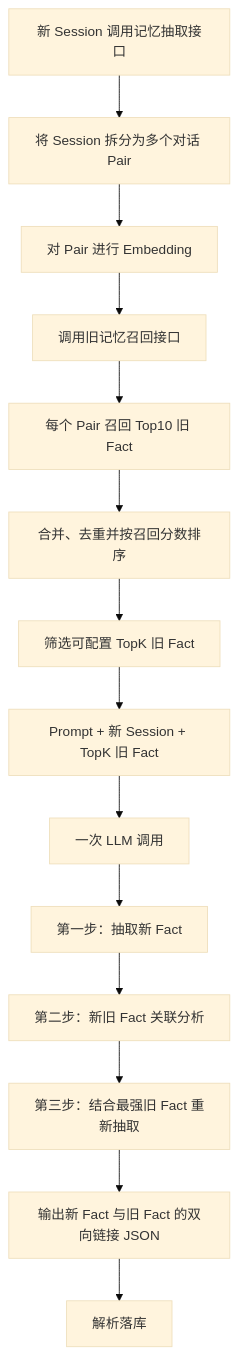
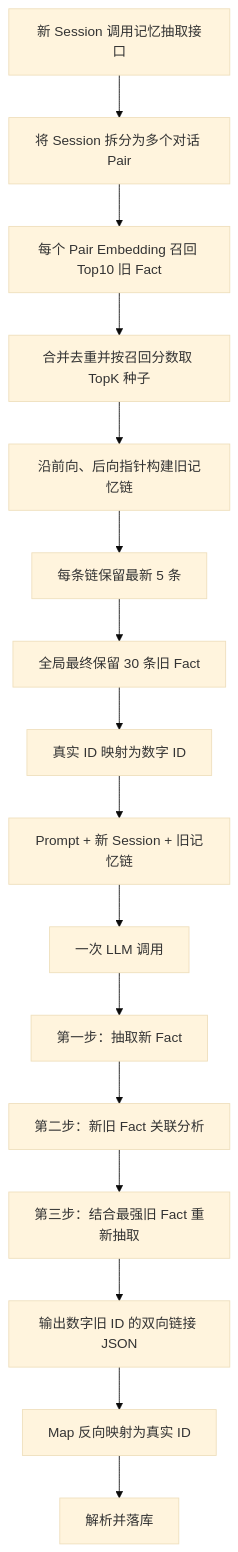
The diagram in 单次LLM调用_双向单链接记忆方案_v2_2026-08.md (wait-stack/tech-insights), drawn with Mermaid (base theme) before and after one commit. The commit also changed other lines of this file, not shown here.

````diff
--- a/单次LLM调用_双向单链接记忆方案_v2_2026-08.md
+++ b/单次LLM调用_双向单链接记忆方案_v2_2026-08.md
@@ -43,16 +43,18 @@
 ```mermaid
 flowchart TD
     A["新 Session 调用记忆抽取接口"] --> B["将 Session 拆分为多个对话 Pair"]
-    B --> C["对 Pair 进行 Embedding"]
-    C --> D["调用旧记忆召回接口"]
-    D --> E["每个 Pair 召回 Top10 旧 Fact"]
-    E --> F["合并、去重并按召回分数排序"]
-    F --> G["筛选可配置 TopK 旧 Fact"]
-    G --> H["Prompt + 新 Session + TopK 旧 Fact"]
-    H --> I["一次 LLM 调用"]
-    I --> I1["第一步：抽取新 Fact"]
-    I1 --> I2["第二步：新旧 Fact 关联分析"]
-    I2 --> I3["第三步：结合最强旧 Fact 重新抽取"]
-    I3 --> J["输出新 Fact 与旧 Fact 的双向链接 JSON"]
-    J --> K["解析落库"]
+    B --> C["每个 Pair Embedding 召回 Top10 旧 Fact"]
+    C --> D["合并去重并按召回分数取 TopK 种子"]
+    D --> E["沿前向、后向指针构建旧记忆链"]
+    E --> F["每条链保留最新 5 条"]
+    F --> G["全局最终保留 30 条旧 Fact"]
+    G --> H["真实 ID 映射为数字 ID"]
+    H --> I["Prompt + 新 Session + 旧记忆链"]
+    I --> J["一次 LLM 调用"]
+    J --> J1["第一步：抽取新 Fact"]
+    J1 --> J2["第二步：新旧 Fact 关联分析"]
+    J2 --> J3["第三步：结合最强旧 Fact 重新抽取"]
+    J3 --> K["输出数字旧 ID 的双向链接 JSON"]
+    K --> L["Map 反向映射为真实 ID"]
+    L --> M["解析并落库"]
 ```
````
